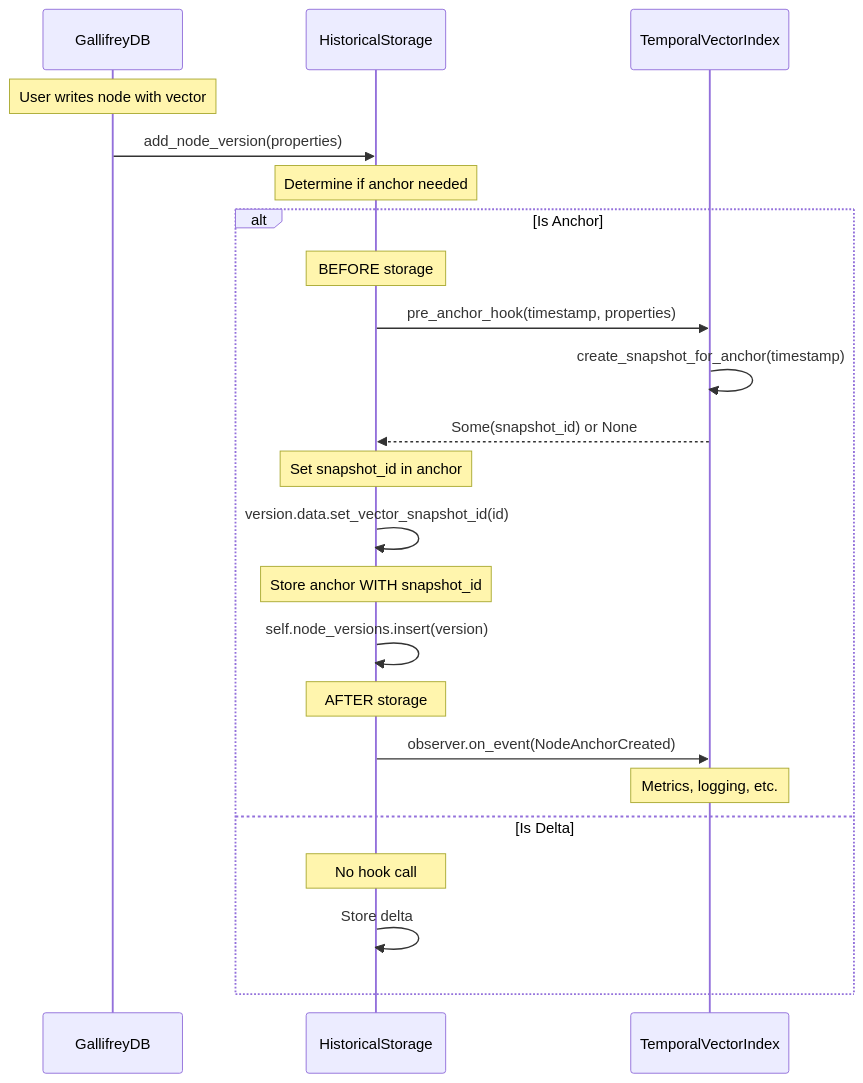
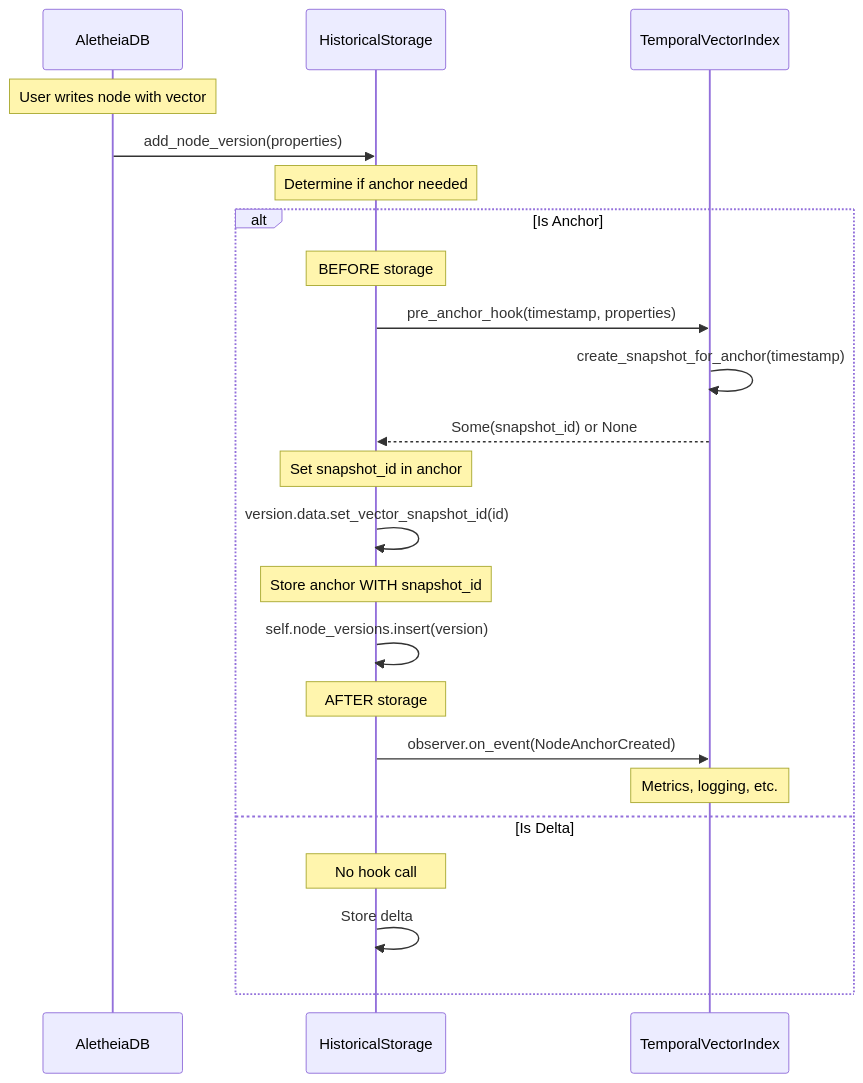
The second of 3 diagrams in docs/adr/0018-temporal-vector-historical-integration.md (autumn-foundation/AletheiaDB), drawn with Mermaid before and after one commit. The commit also changed other lines of this file and 316 other files, not shown here.

First line of the commit message:
refactor: Rename project from GallifreyDB to AletheiaDB

````diff
--- a/docs/adr/0018-temporal-vector-historical-integration.md
+++ b/docs/adr/0018-temporal-vector-historical-integration.md
@@ -64,32 +64,32 @@
 ```mermaid
 sequenceDiagram
-    participant GDB as GallifreyDB
+    participant GDB as AletheiaDB
     participant HS as HistoricalStorage
     participant TVI as TemporalVectorIndex
 
     Note over GDB: User writes node with vector
 
     GDB->>HS: add_node_version(properties)
 
     Note over HS: Determine if anchor needed
 
     alt Is Anchor
         Note over HS: BEFORE storage
         HS->>TVI: pre_anchor_hook(timestamp, properties)
         TVI->>TVI: create_snapshot_for_anchor(timestamp)
         TVI-->>HS: Some(snapshot_id) or None
 
         Note over HS: Set snapshot_id in anchor
         HS->>HS: version.data.set_vector_snapshot_id(id)
 
         Note over HS: Store anchor WITH snapshot_id
         HS->>HS: self.node_versions.insert(version)
 
         Note over HS: AFTER storage
         HS->>TVI: observer.on_event(NodeAnchorCreated)
         Note over TVI: Metrics, logging, etc.
     else Is Delta
         Note over HS: No hook call
         HS->>HS: Store delta
     end
 ```
````
